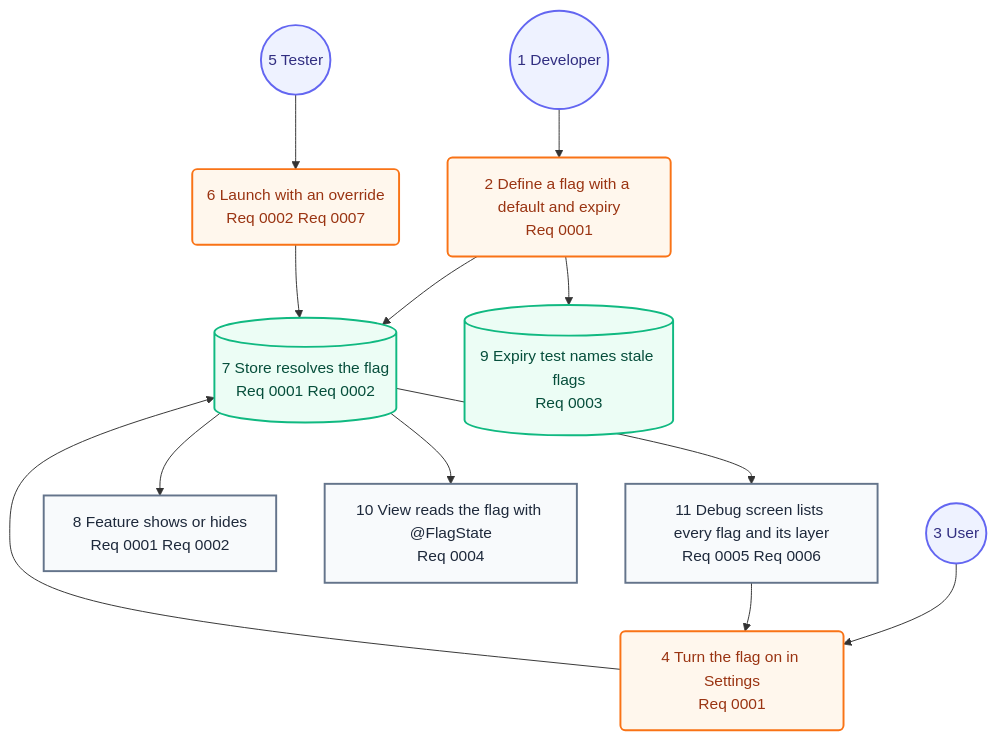
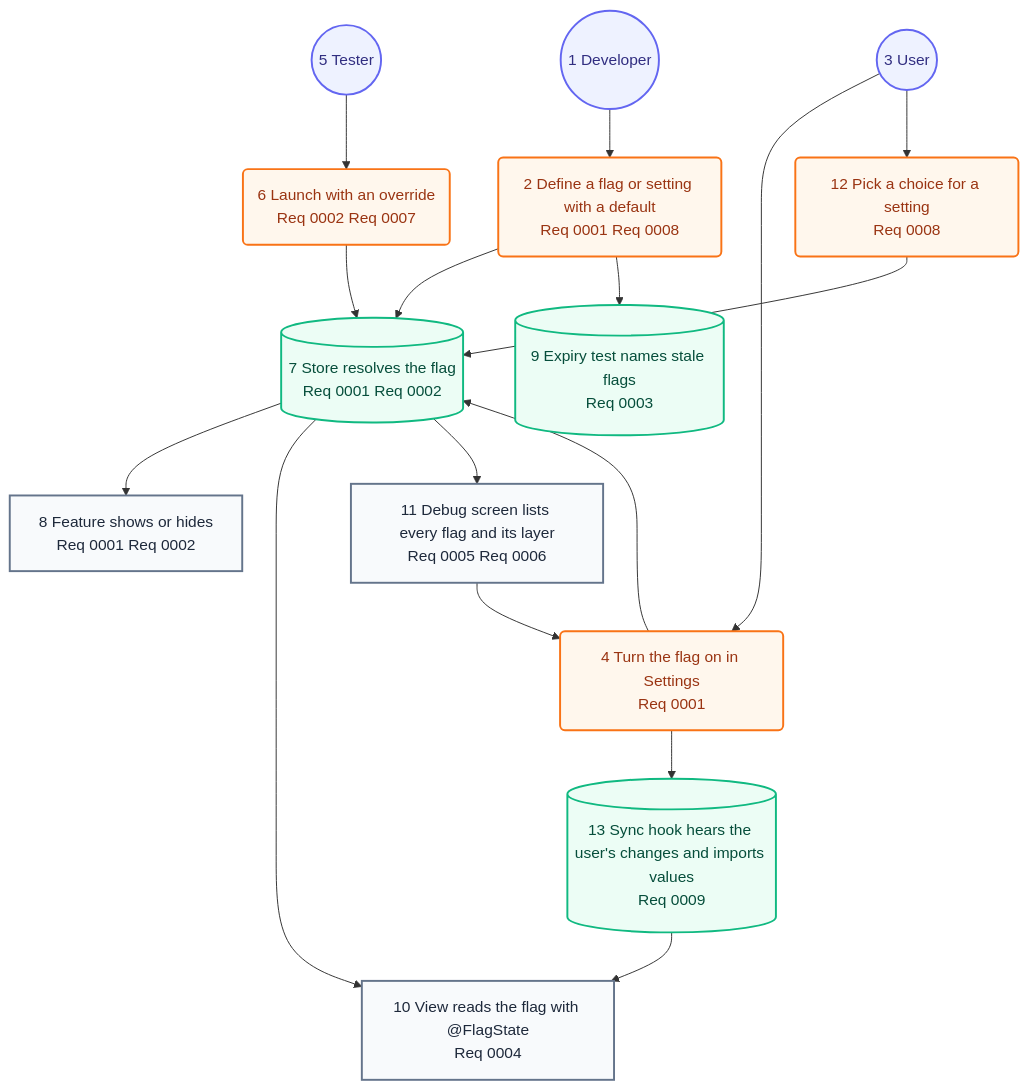
One commit to may-journal/feature-flag-kit changed the second of 2 diagrams in docs/architecture/05-user-journey.md. Above: the diagram before and after it, drawn with Mermaid. The commit also changed other lines of this file and 26 other files, not shown here.

First line of the commit message:
feat(core): optional expiry, String enum values and a user-layer sync hook (#17)

````diff
--- a/docs/architecture/05-user-journey.md
+++ b/docs/architecture/05-user-journey.md
@@ -31,31 +31,37 @@
 ```mermaid
 flowchart TB
     developer((1 Developer)):::persona
-    define(2 Define a flag with a default and expiry<br/>Req 0001):::action
+    define(2 Define a flag or setting with a default<br/>Req 0001 Req 0008):::action
     user((3 User)):::persona
     toggle(4 Turn the flag on in Settings<br/>Req 0001):::action
     tester((5 Tester)):::persona
     launch(6 Launch with an override<br/>Req 0002 Req 0007):::action
     resolve[(7 Store resolves the flag<br/>Req 0001 Req 0002)]:::system
     feature[8 Feature shows or hides<br/>Req 0001 Req 0002]:::screen
     expiry[(9 Expiry test names stale flags<br/>Req 0003)]:::system
     view[10 View reads the flag with @FlagState<br/>Req 0004]:::screen
     debug[11 Debug screen lists every flag and its layer<br/>Req 0005 Req 0006]:::screen
+    choose(12 Pick a choice for a setting<br/>Req 0008):::action
+    sync[(13 Sync hook hears the user's changes and imports values<br/>Req 0009)]:::system
 
     developer --> define
     user --> toggle
     tester --> launch
     define --> resolve
     toggle --> resolve
     launch --> resolve
     resolve --> feature
     define --> expiry
     resolve --> view
     resolve --> debug
     debug --> toggle
+    user --> choose
+    choose --> resolve
+    toggle --> sync
+    sync --> view
 
     classDef persona fill:#eef2ff,stroke:#6366f1,color:#312e81,stroke-width:2px
     classDef screen fill:#f8fafc,stroke:#64748b,color:#1e293b,stroke-width:2px
     classDef action fill:#fff7ed,stroke:#f97316,color:#9a3412,stroke-width:2px
     classDef system fill:#ecfdf5,stroke:#10b981,color:#064e3b,stroke-width:2px
 ```
````
